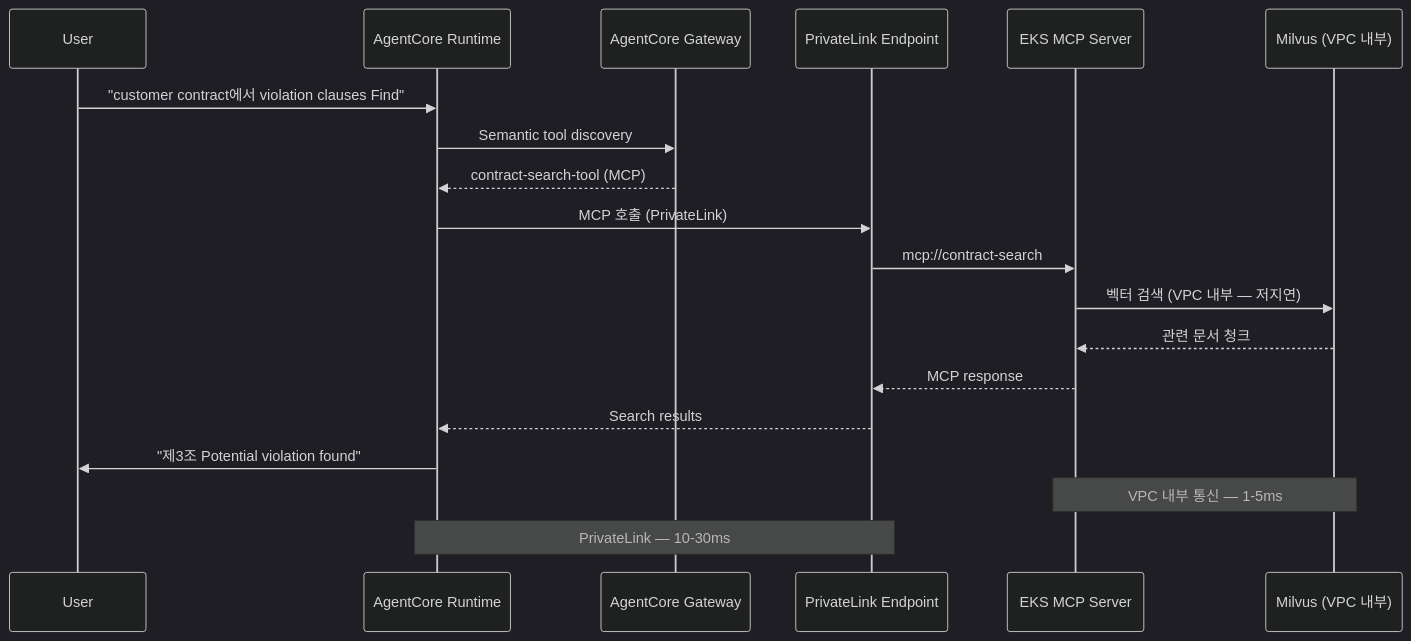
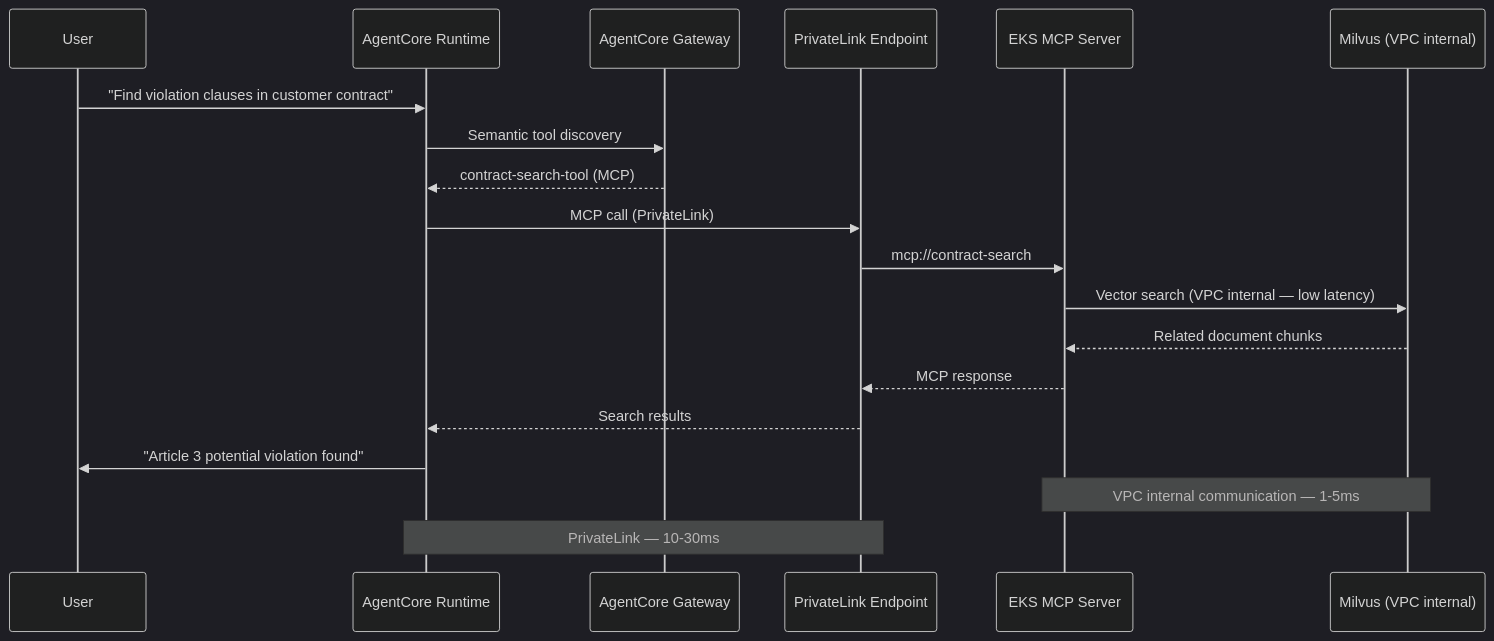
One commit to devfloor9/engineering-playbook changed the third of 11 diagrams in i18n/en/docusaurus-plugin-content-docs/current/agentic-ai-platform/design-architecture/platform-selection/agentcore-hybrid-strategy.md. Above: the diagram before and after it, drawn with Mermaid (dark theme). The commit also changed other lines of this file and 72 other files, not shown here.

````diff
--- a/i18n/en/docusaurus-plugin-content-docs/current/agentic-ai-platform/design-architecture/platform-selection/agentcore-hybrid-strategy.md
+++ b/i18n/en/docusaurus-plugin-content-docs/current/agentic-ai-platform/design-architecture/platform-selection/agentcore-hybrid-strategy.md
@@ -177,25 +183,25 @@
 ```mermaid
 sequenceDiagram
-    participant User as User
+    participant User
     participant AC_RT as AgentCore Runtime
     participant AC_GW as AgentCore Gateway
     participant PL as PrivateLink Endpoint
     participant MCP as EKS MCP Server
-    participant Milvus as Milvus (VPC 내부)
+    participant Milvus as Milvus (VPC internal)
     
-    User->>AC_RT: "customer contract에서 violation clauses Find"
+    User->>AC_RT: "Find violation clauses in customer contract"
     AC_RT->>AC_GW: Semantic tool discovery
     AC_GW-->>AC_RT: contract-search-tool (MCP)
     
-    AC_RT->>PL: MCP 호출 (PrivateLink)
+    AC_RT->>PL: MCP call (PrivateLink)
     PL->>MCP: mcp://contract-search
-    MCP->>Milvus: 벡터 검색 (VPC 내부 — 저지연)
-    Milvus-->>MCP: 관련 문서 청크
+    MCP->>Milvus: Vector search (VPC internal — low latency)
+    Milvus-->>MCP: Related document chunks
     MCP-->>PL: MCP response
     PL-->>AC_RT: Search results
     
-    AC_RT->>User: "제3조 Potential violation found"
+    AC_RT->>User: "Article 3 potential violation found"
     
-    Note over MCP,Milvus: VPC 내부 통신 — 1-5ms
+    Note over MCP,Milvus: VPC internal communication — 1-5ms
     Note over AC_RT,PL: PrivateLink — 10-30ms
 ```
````
